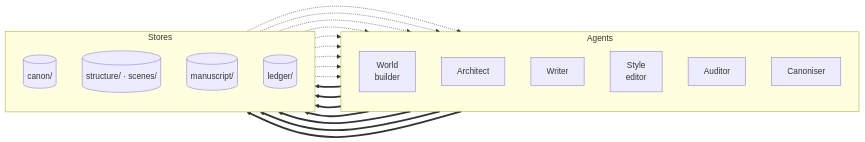
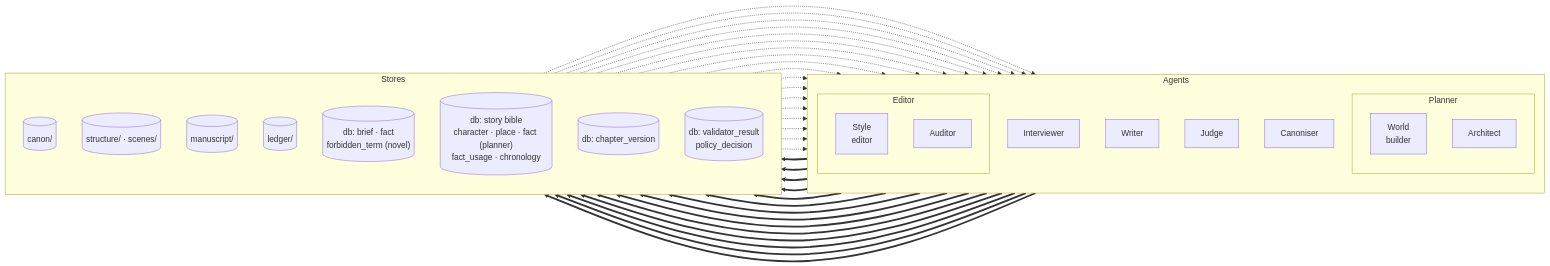
One commit to ignacio-hurtado-qaracter/My-Story-Marker changed the fourth of 6 diagrams in docs/architecture.md. Above: the diagram before and after it, drawn with Mermaid. The commit also changed other lines of this file, not shown here.

First line of the commit message:
docs: architecture adds the brief, the authoritative database and the novel flow

````diff
--- a/docs/architecture.md
+++ b/docs/architecture.md
@@ -405,38 +534,64 @@
 ```mermaid
 flowchart LR
   subgraph AG["Agents"]
     direction TB
-    WB["World<br/>builder"]
-    ARC["Architect"]
+    IV["Interviewer"]
+    subgraph PL["Planner"]
+      WB["World<br/>builder"]
+      ARC["Architect"]
+    end
     WR["Writer"]
-    ST["Style<br/>editor"]
-    AU["Auditor"]
+    subgraph ED["Editor"]
+      ST["Style<br/>editor"]
+      AU["Auditor"]
+    end
+    JU["Judge"]
     CN["Canoniser"]
   end
 
   subgraph STORE["Stores"]
     direction TB
     CANON[("canon/")]
     STRUCT[("structure/ · scenes/")]
     MS[("manuscript/")]
     LEDGER[("ledger/")]
+    BRF[("db: brief · fact<br/>forbidden_term (novel)")]
+    BIB[("db: story bible<br/>character · place · fact (planner)<br/>fact_usage · chronology")]
+    CHV[("db: chapter_version")]
+    RES[("db: validator_result<br/>policy_decision")]
   end
 
+  IV ==> BRF
   WB ==> CANON
+  WB ==> BIB
   CN ==> CANON
+  CN ==> BIB
   ARC ==> STRUCT
   WR ==> MS
+  WR ==> CHV
   ST ==> MS
+  ST ==> CHV
   AU ==> LEDGER
+  AU ==> RES
   WR ==> LEDGER
+  JU ==> RES
 
   CANON -.-> ARC
   CANON -.-> WR
   CANON -.-> AU
   CANON -.-> ST
   STRUCT -.-> WR
   STRUCT -.-> AU
   MS -.-> AU
   MS -.-> CN
   LEDGER -.-> CN
+  BRF -.-> ARC
+  BRF -.-> WR
+  BRF -.-> JU
+  BIB -.-> WR
+  BIB -.-> AU
+  BIB -.-> JU
+  CHV -.-> AU
+  CHV -.-> JU
+  CHV -.-> CN
 ```
````
